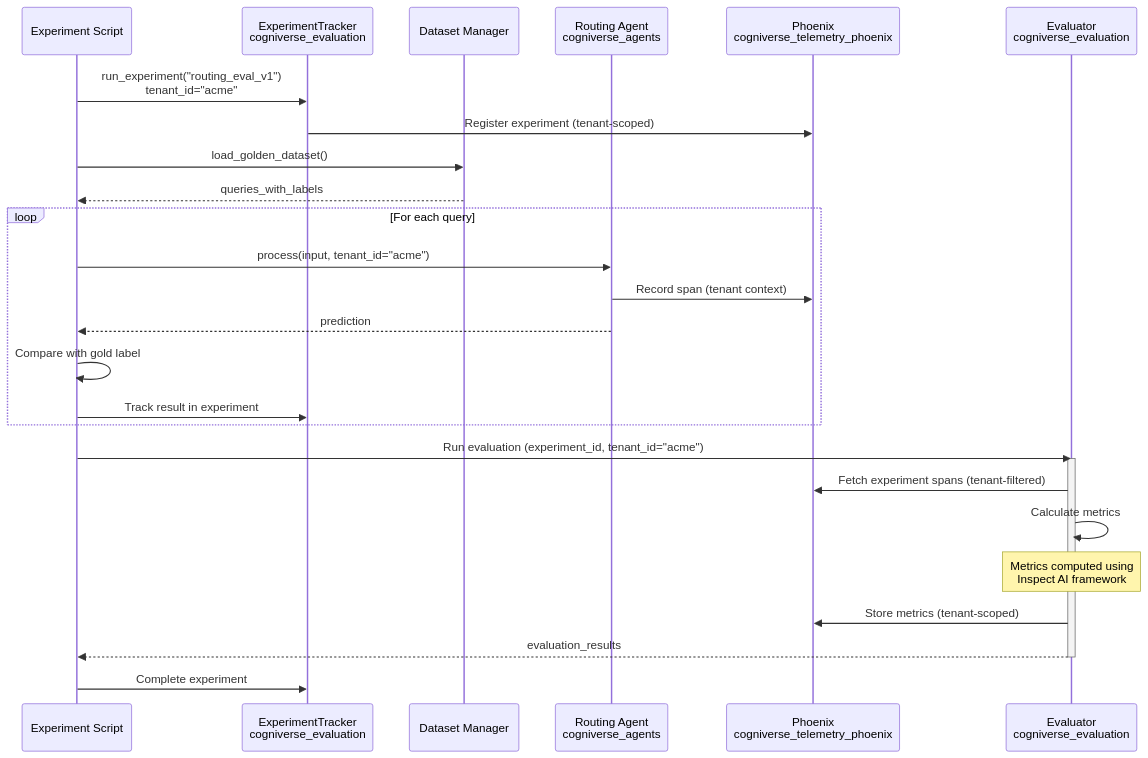
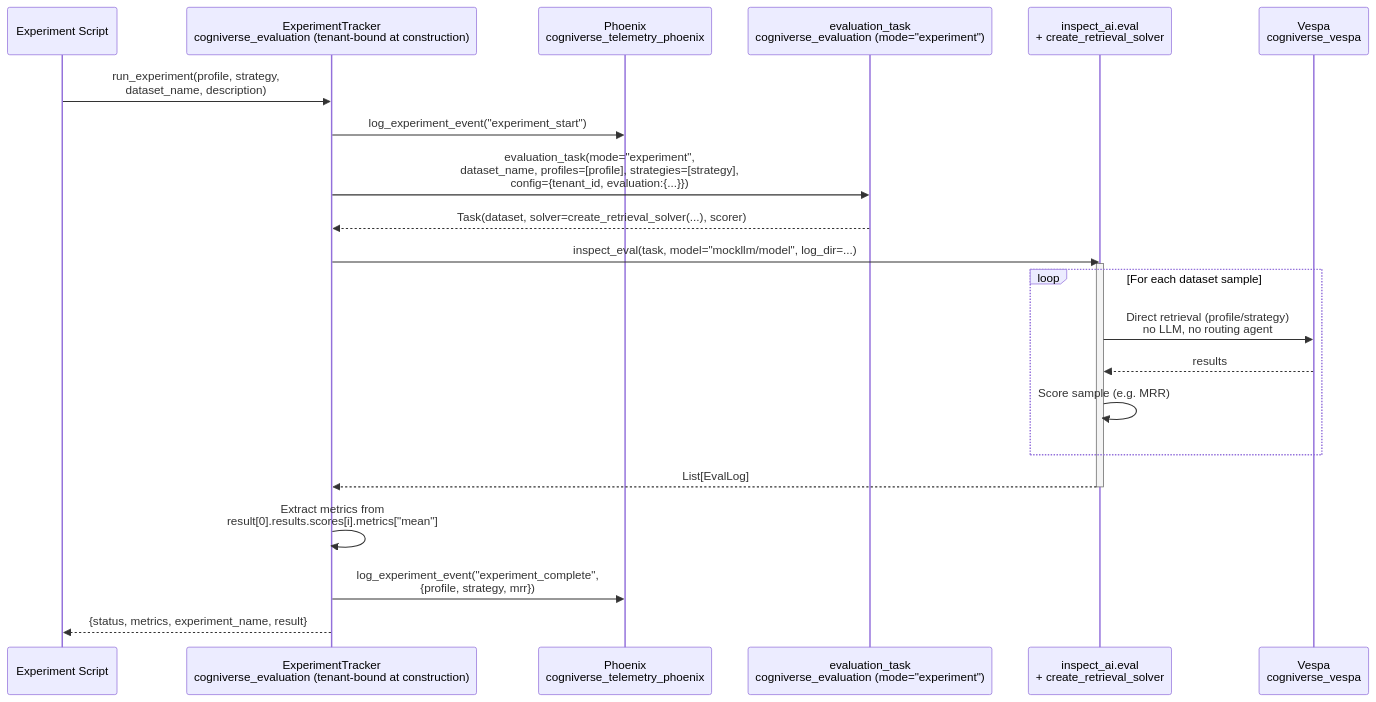
Diagram 15 of 25 in docs/architecture/system-flows.md (amit-jain/cogniverse), drawn with Mermaid before and after one commit. The commit also changed other lines of this file and 7 other files, not shown here.

First line of the commit message:
Document all 23 agents and convert diagrams to mermaid

````diff
--- a/docs/architecture/system-flows.md
+++ b/docs/architecture/system-flows.md
@@ -563,36 +708,33 @@
 ```mermaid
 sequenceDiagram
     participant Script as Experiment Script
-    participant Tracker as ExperimentTracker<br/>cogniverse_evaluation
-    participant Dataset as Dataset Manager
-    participant Routing as Routing Agent<br/>cogniverse_agents
+    participant Tracker as ExperimentTracker<br/>cogniverse_evaluation (tenant-bound at construction)
     participant Phoenix as Phoenix<br/>cogniverse_telemetry_phoenix
-    participant Eval as Evaluator<br/>cogniverse_evaluation
+    participant Task as evaluation_task<br/>cogniverse_evaluation (mode="experiment")
+    participant Inspect as inspect_ai.eval<br/>+ create_retrieval_solver
+    participant Vespa as Vespa<br/>cogniverse_vespa
 
-    Script->>Tracker: run_experiment("routing_eval_v1")<br/>tenant_id="acme"
-    Tracker->>Phoenix: Register experiment (tenant-scoped)
+    Script->>Tracker: run_experiment(profile, strategy,<br/>dataset_name, description)
 
-    Script->>Dataset: load_golden_dataset()
-    Dataset-->>Script: queries_with_labels
+    Tracker->>Phoenix: log_experiment_event("experiment_start")
 
-    loop For each query
-        Script->>Routing: process(input, tenant_id="acme")
-        Routing->>Phoenix: Record span (tenant context)
-        Routing-->>Script: prediction
+    Tracker->>Task: evaluation_task(mode="experiment",<br/>dataset_name, profiles=[profile], strategies=[strategy],<br/>config={tenant_id, evaluation:{...}})
+    Task-->>Tracker: Task(dataset, solver=create_retrieval_solver(...), scorer)
 
-        Script->>Script: Compare with gold label
-        Script->>Tracker: Track result in experiment
+    Tracker->>Inspect: inspect_eval(task, model="mockllm/model", log_dir=...)
+
+    activate Inspect
+    loop For each dataset sample
+        Inspect->>Vespa: Direct retrieval (profile/strategy)<br/>no LLM, no routing agent
+        Vespa-->>Inspect: results
+        Inspect->>Inspect: Score sample (e.g. MRR)
     end
+    Inspect-->>Tracker: List[EvalLog]
+    deactivate Inspect
 
-    Script->>Eval: Run evaluation (experiment_id, tenant_id="acme")
+    Tracker->>Tracker: Extract metrics from<br/>result[0].results.scores[i].metrics["mean"]
 
-    activate Eval
-    Eval->>Phoenix: Fetch experiment spans (tenant-filtered)
-    Eval->>Eval: Calculate metrics
-    Note over Eval: Metrics computed using<br/>Inspect AI framework
-    Eval->>Phoenix: Store metrics (tenant-scoped)
-    Eval-->>Script: evaluation_results
-    deactivate Eval
+    Tracker->>Phoenix: log_experiment_event("experiment_complete",<br/>{profile, strategy, mrr})
 
-    Script->>Tracker: Complete experiment
+    Tracker-->>Script: {status, metrics, experiment_name, result}
 ```
````
